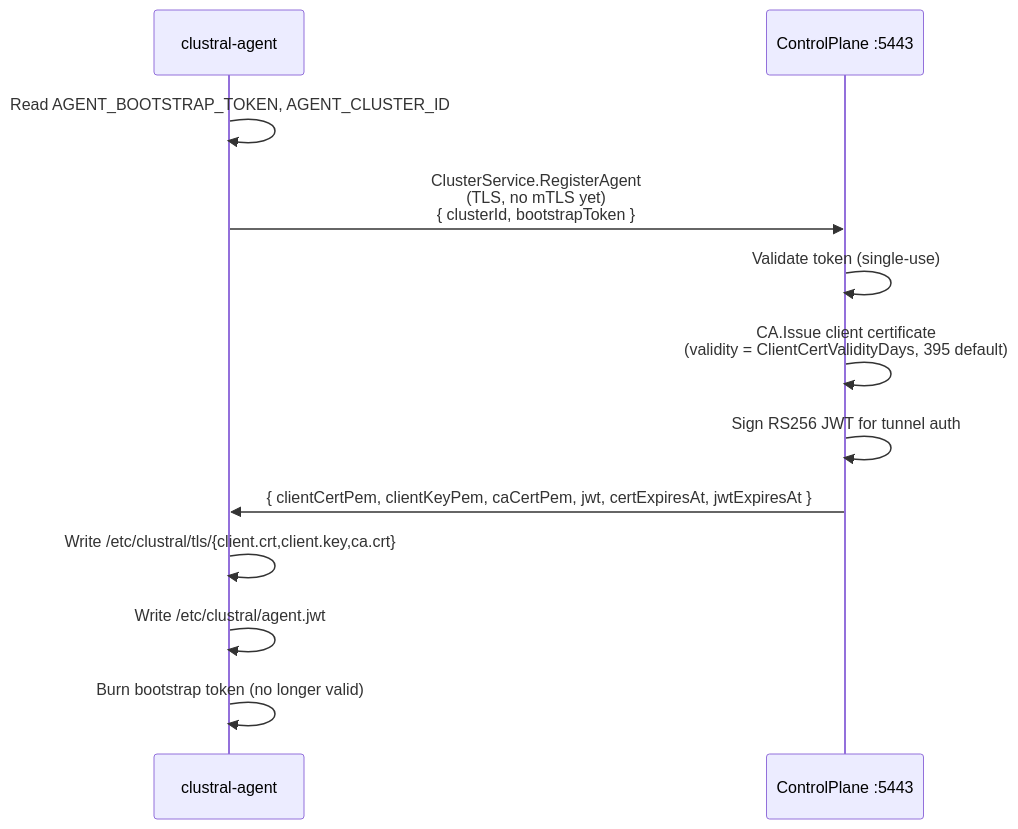
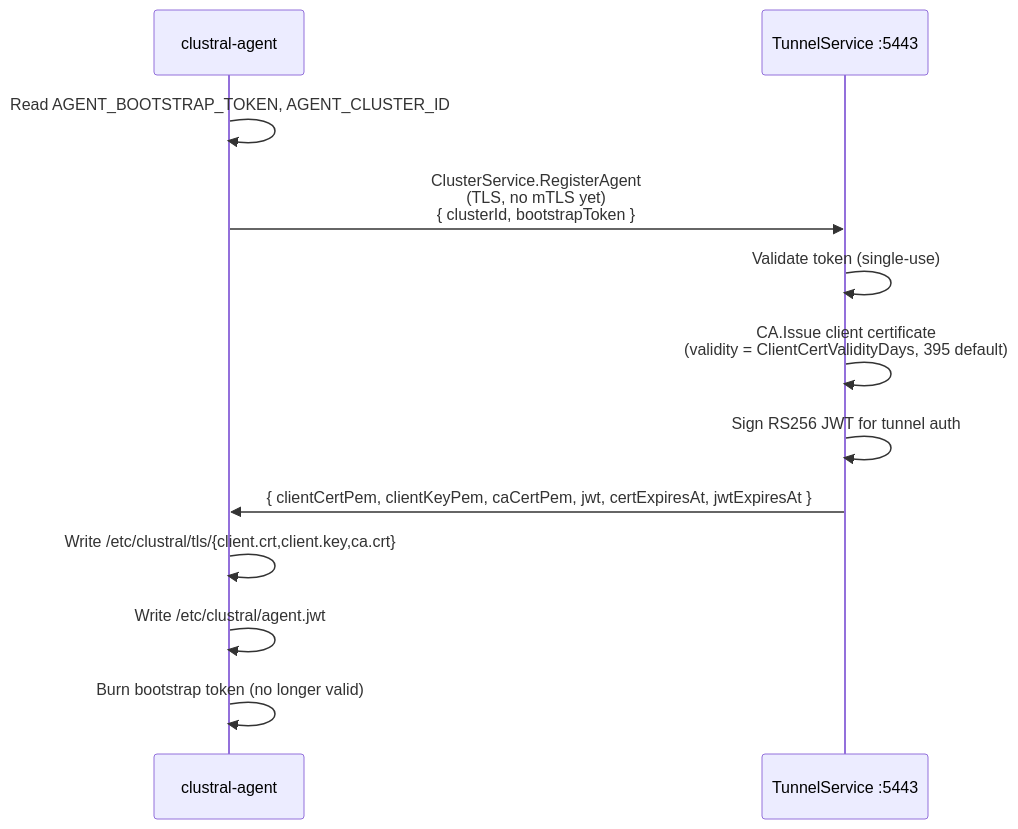
The second of 4 diagrams in docs-site/architecture/tunnel-lifecycle.md (Clustral/clustral), drawn with Mermaid before and after one commit. The commit also changed other lines of this file and 10 other files, not shown here.

First line of the commit message:
docs: update all diagrams + docs for TunnelService split (#4)

````diff
--- a/docs-site/architecture/tunnel-lifecycle.md
+++ b/docs-site/architecture/tunnel-lifecycle.md
@@ -33,15 +33,15 @@
 ```mermaid
 sequenceDiagram
     participant A as clustral-agent
-    participant CP as ControlPlane :5443
+    participant TS as TunnelService :5443
 
     A->>A: Read AGENT_BOOTSTRAP_TOKEN, AGENT_CLUSTER_ID
-    A->>CP: ClusterService.RegisterAgent<br/>(TLS, no mTLS yet)<br/>{ clusterId, bootstrapToken }
-    CP->>CP: Validate token (single-use)
-    CP->>CP: CA.Issue client certificate<br/>(validity = ClientCertValidityDays, 395 default)
-    CP->>CP: Sign RS256 JWT for tunnel auth
-    CP->>A: { clientCertPem, clientKeyPem, caCertPem, jwt, certExpiresAt, jwtExpiresAt }
+    A->>TS: ClusterService.RegisterAgent<br/>(TLS, no mTLS yet)<br/>{ clusterId, bootstrapToken }
+    TS->>TS: Validate token (single-use)
+    TS->>TS: CA.Issue client certificate<br/>(validity = ClientCertValidityDays, 395 default)
+    TS->>TS: Sign RS256 JWT for tunnel auth
+    TS->>A: { clientCertPem, clientKeyPem, caCertPem, jwt, certExpiresAt, jwtExpiresAt }
     A->>A: Write /etc/clustral/tls/{client.crt,client.key,ca.crt}
     A->>A: Write /etc/clustral/agent.jwt
     A->>A: Burn bootstrap token (no longer valid)
 ```
````
